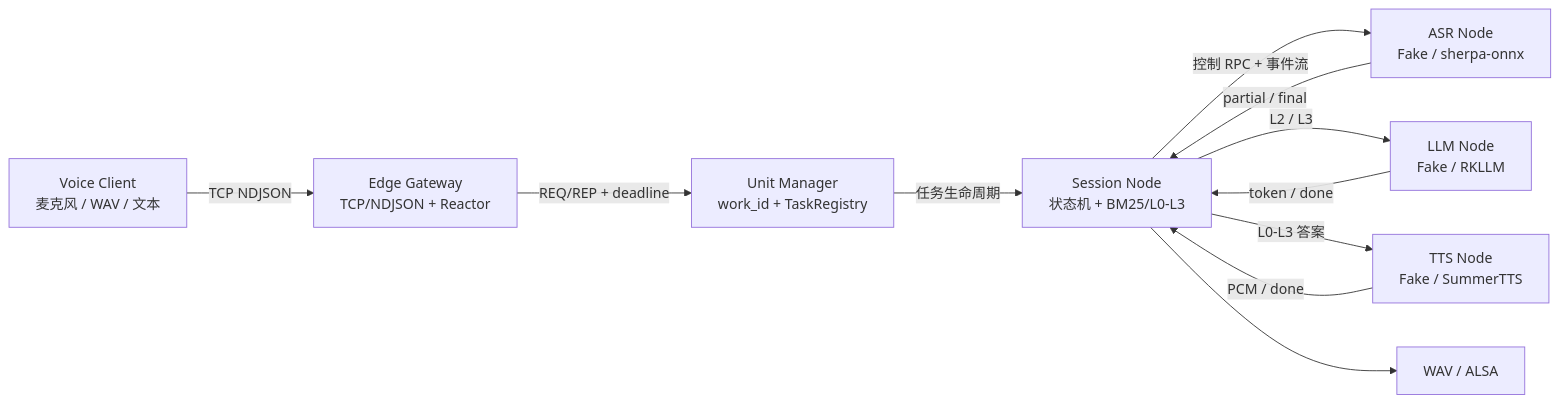
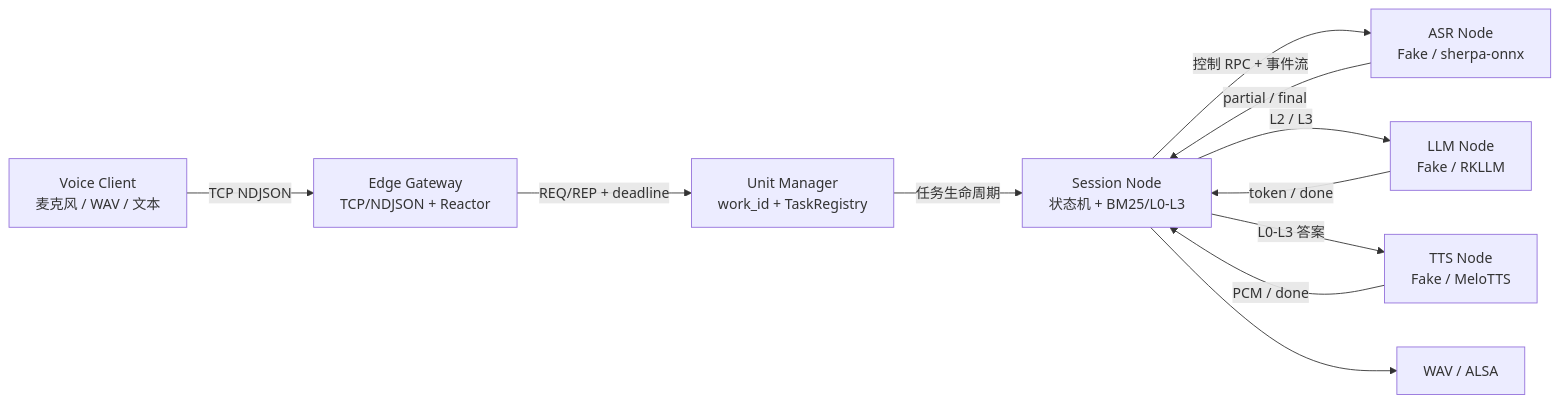
Before and after one commit to Caden-1224/SlotNexus: the diagram in README.md, drawn with Mermaid. The commit also changed other lines of this file and 40 other files, not shown here.

````diff
--- a/README.md
+++ b/README.md
@@ -34,22 +34,22 @@
 ```mermaid
 flowchart LR
     Client["Voice Client<br/>麦克风 / WAV / 文本"]
     Gateway["Edge Gateway<br/>TCP/NDJSON + Reactor"]
     Manager["Unit Manager<br/>work_id + TaskRegistry"]
     Session["Session Node<br/>状态机 + BM25/L0-L3"]
     ASR["ASR Node<br/>Fake / sherpa-onnx"]
     LLM["LLM Node<br/>Fake / RKLLM"]
-    TTS["TTS Node<br/>Fake / SummerTTS"]
+    TTS["TTS Node<br/>Fake / MeloTTS"]
     Output["WAV / ALSA"]
 
     Client -->|"TCP NDJSON"| Gateway
     Gateway -->|"REQ/REP + deadline"| Manager
     Manager -->|"任务生命周期"| Session
     Session -->|"控制 RPC + 事件流"| ASR
     ASR -->|"partial / final"| Session
     Session -->|"L2 / L3"| LLM
     LLM -->|"token / done"| Session
     Session -->|"L0-L3 答案"| TTS
     TTS -->|"PCM / done"| Session
     Session --> Output
 ```
````
